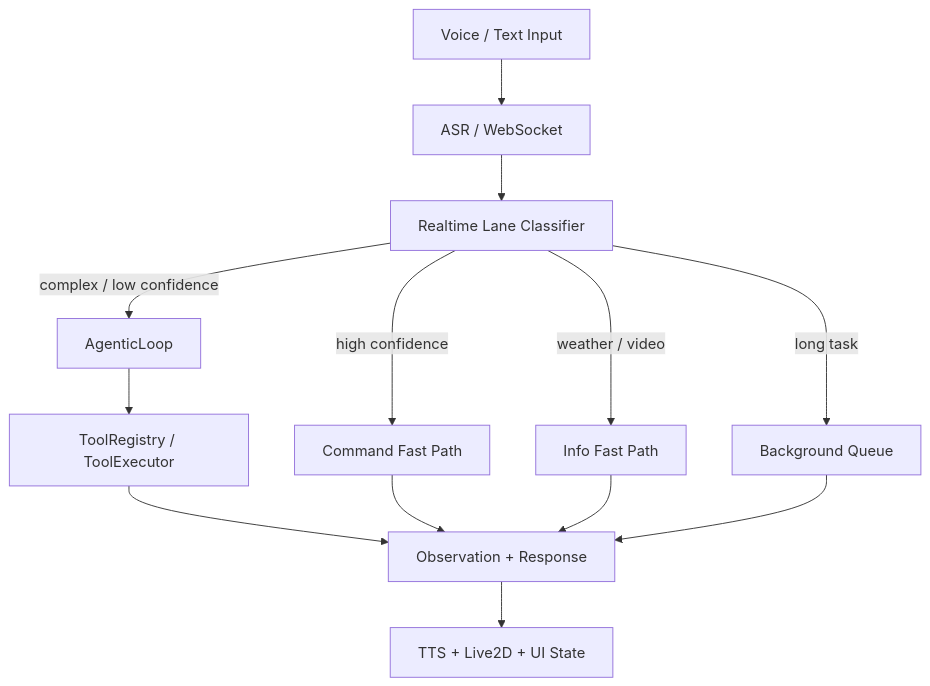
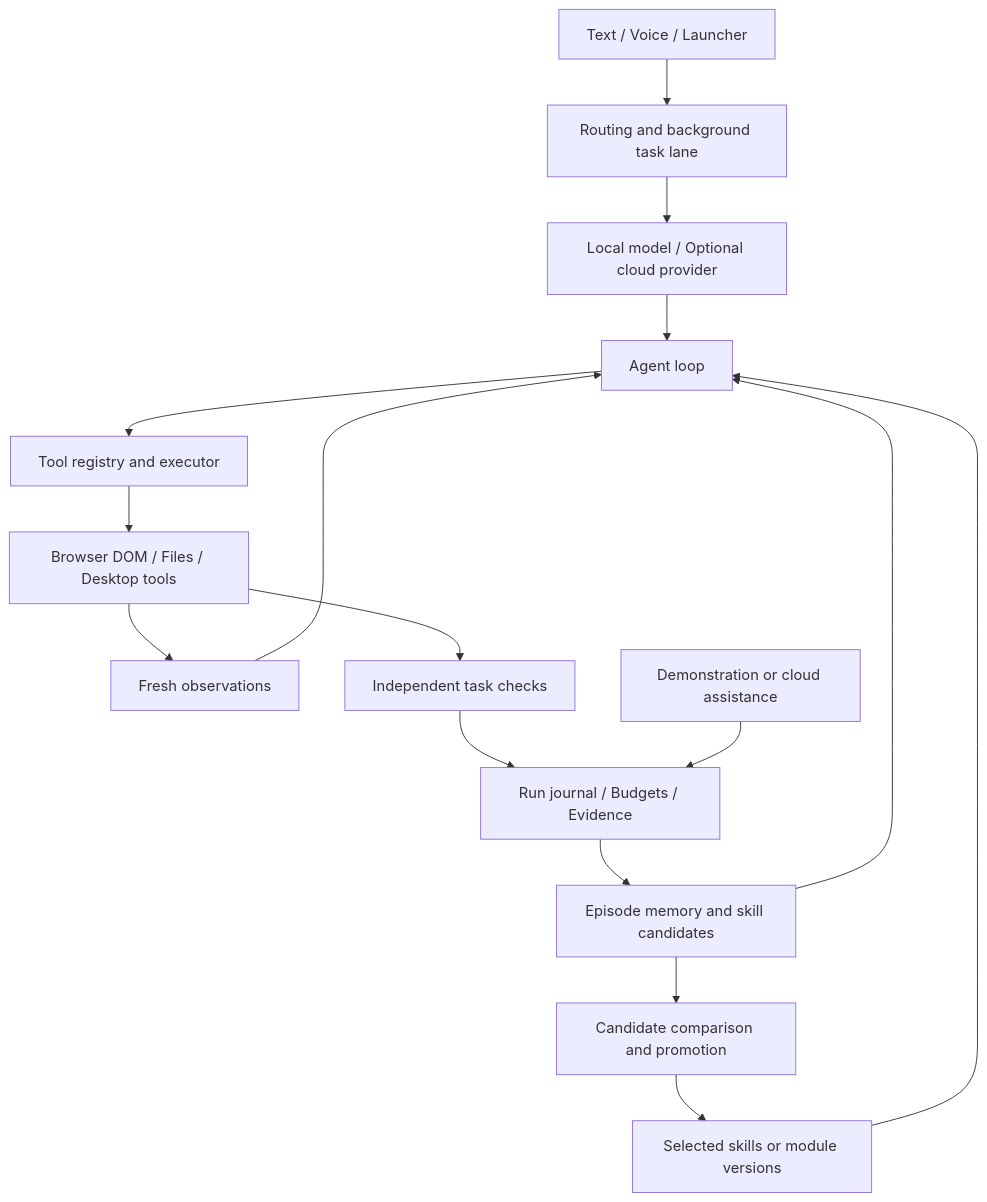
One commit to lemon5227/Kage changed the diagram in readme.md. Above: the diagram before and after it, drawn with Mermaid. The commit also changed other lines of this file, not shown here.

Commit message:
docs: present Kage as a learning computer agent

````diff
--- a/readme.md
+++ b/readme.md
@@ -27,15 +44,18 @@
 ```mermaid
 flowchart TD
-    A[Voice / Text Input] --> B[ASR / WebSocket]
-    B --> C[Realtime Lane Classifier]
-    C -->|high confidence| D[Command Fast Path]
-    C -->|weather / video| E[Info Fast Path]
-    C -->|long task| F[Background Queue]
-    C -->|complex / low confidence| G[AgenticLoop]
-    G --> H[ToolRegistry / ToolExecutor]
-    H --> I[Observation + Response]
-    D --> I
-    E --> I
-    F --> I
-    I --> J[TTS + Live2D + UI State]
+    U[Text / Voice / Launcher] --> R[Routing and background task lane]
+    R --> M[Local model / Optional cloud provider]
+    M --> A[Agent loop]
+    A --> T[Tool registry and executor]
+    T --> E[Browser DOM / Files / Desktop tools]
+    E --> O[Fresh observations]
+    O --> A
+    E --> V[Independent task checks]
+    V --> J[Run journal / Budgets / Evidence]
+    H[Demonstration or cloud assistance] --> J
+    J --> K[Episode memory and skill candidates]
+    K --> A
+    K --> C[Candidate comparison and promotion]
+    C --> X[Selected skills or module versions]
+    X --> A
 ```
````
